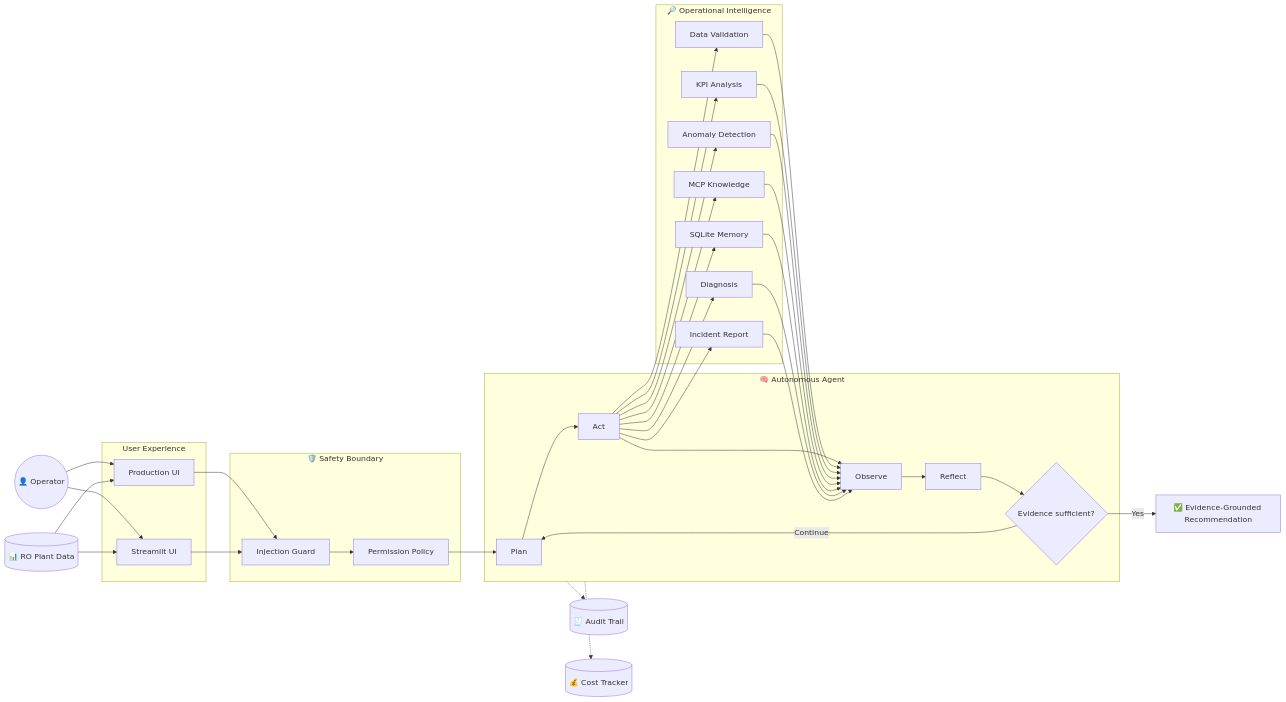
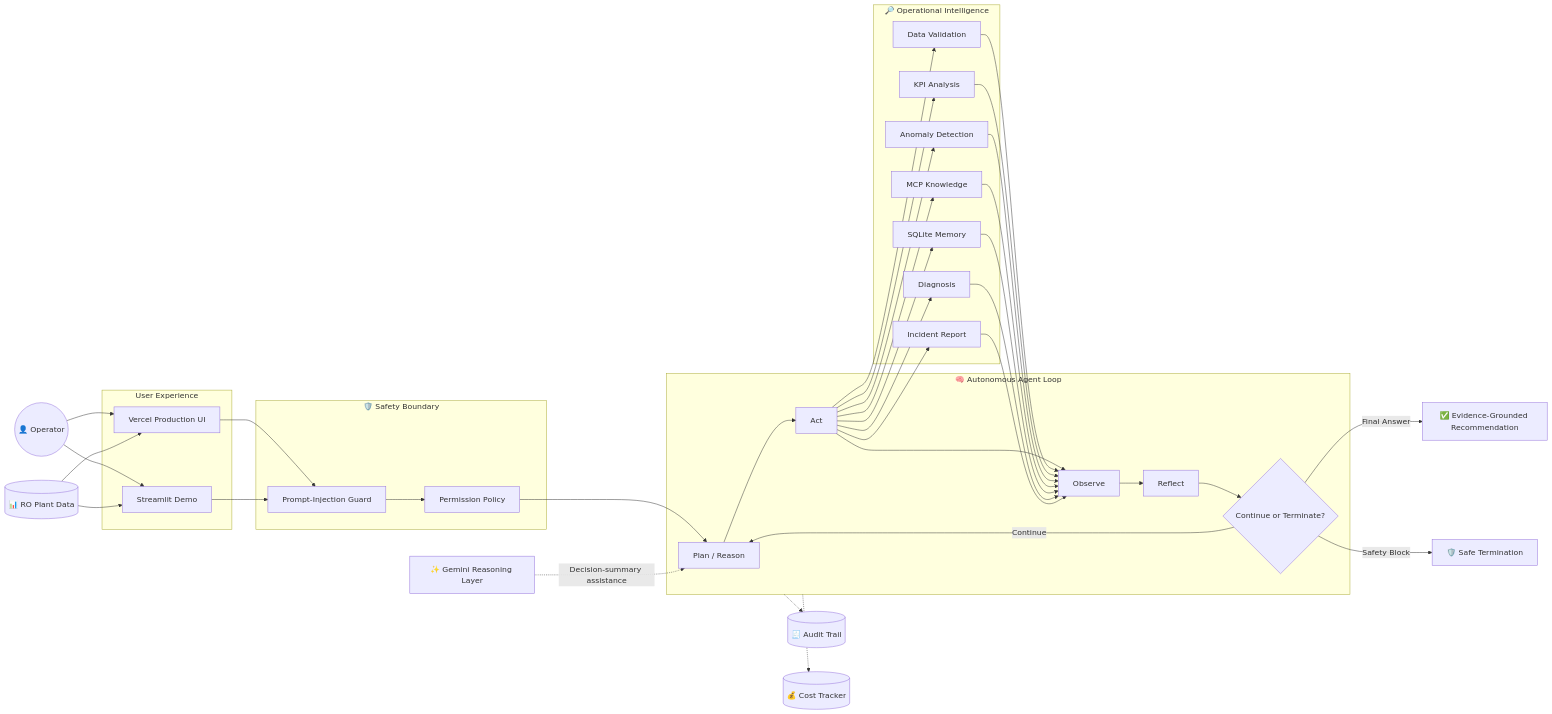
Before and after one commit to xmohamedtariq/AquaMindAI-Agent: the diagram in README.md, drawn with Mermaid. The commit also changed other lines of this file, not shown here.

First line of the commit message:
Revise README for AquaMindAI-Agent updates

````diff
--- a/README.md
+++ b/README.md
@@ -72,75 +68,79 @@
 ```mermaid
 flowchart LR
 
     U((👤 Operator))
     DATA[(📊 RO Plant Data)]
 
-    subgraph EXPERIENCE["User Experience"]
-        WEB["Production UI"]
-        ST["Streamlit UI"]
+    subgraph UX["User Experience"]
+        WEB["Vercel Production UI"]
+        ST["Streamlit Demo"]
     end
 
-    subgraph SAFETY["🛡️ Safety Boundary"]
-        GUARD["Injection Guard"]
+    subgraph SAFE["🛡️ Safety Boundary"]
+        GUARD["Prompt-Injection Guard"]
         PERM["Permission Policy"]
     end
 
-    subgraph AGENT["🧠 Autonomous Agent"]
-        PLAN["Plan"]
+    subgraph AGENT["🧠 Autonomous Agent Loop"]
+        PLAN["Plan / Reason"]
         ACT["Act"]
         OBS["Observe"]
         REF["Reflect"]
-        DEC{"Evidence sufficient?"}
+        DEC{"Continue or Terminate?"}
 
         PLAN --> ACT
         ACT --> OBS
         OBS --> REF
         REF --> DEC
-        DEC -- "Continue" --> PLAN
+        DEC -- Continue --> PLAN
     end
 
-    subgraph INTELLIGENCE["🔎 Operational Intelligence"]
+    subgraph INTEL["🔎 Operational Intelligence"]
         VAL["Data Validation"]
         KPI["KPI Analysis"]
         ANO["Anomaly Detection"]
         MCP["MCP Knowledge"]
         MEM["SQLite Memory"]
         DIA["Diagnosis"]
         REP["Incident Report"]
     end
+
+    GEM["✨ Gemini Reasoning Layer"]
+    AUDIT[("🧾 Audit Trail")]
+    COST[("💰 Cost Tracker")]
 
     U --> WEB
     U --> ST
     DATA --> WEB
     DATA --> ST
 
     WEB --> GUARD
     ST --> GUARD
 
     GUARD --> PERM
     PERM --> PLAN
+
+    GEM -. "Decision-summary assistance" .-> PLAN
 
     ACT --> VAL
     ACT --> KPI
     ACT --> ANO
     ACT --> MCP
     ACT --> MEM
     ACT --> DIA
     ACT --> REP
 
     VAL --> OBS
     KPI --> OBS
     ANO --> OBS
     MCP --> OBS
     MEM --> OBS
     DIA --> OBS
     REP --> OBS
 
-    DEC -- "Yes" --> RESULT["✅ Evidence-Grounded Recommendation"]
-
-    AUDIT[("🧾 Audit Trail")]
-    COST[("💰 Cost Tracker")]
+    DEC -- Final Answer --> RESULT["✅ Evidence-Grounded Recommendation"]
+    DEC -- Safety Block --> BLOCK["🛡️ Safe Termination"]
 
     AGENT -.-> AUDIT
     AGENT -.-> COST
 ```
````
